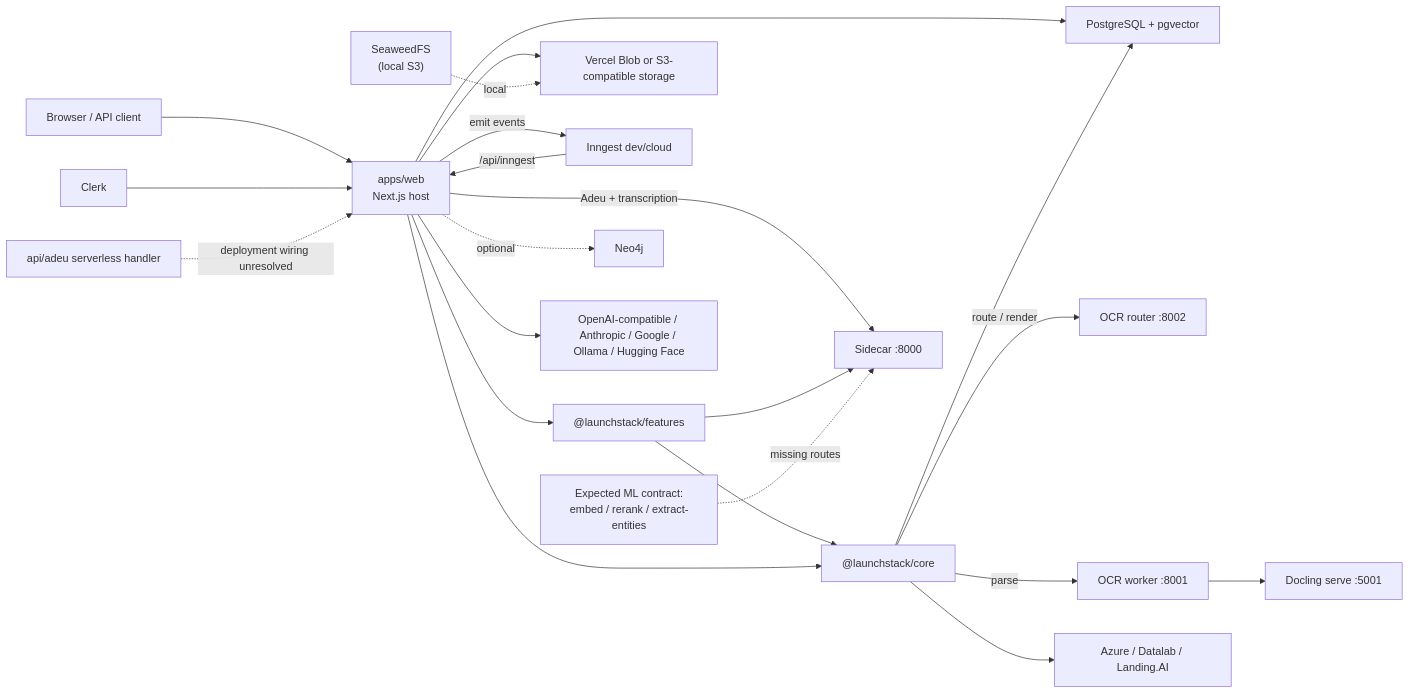
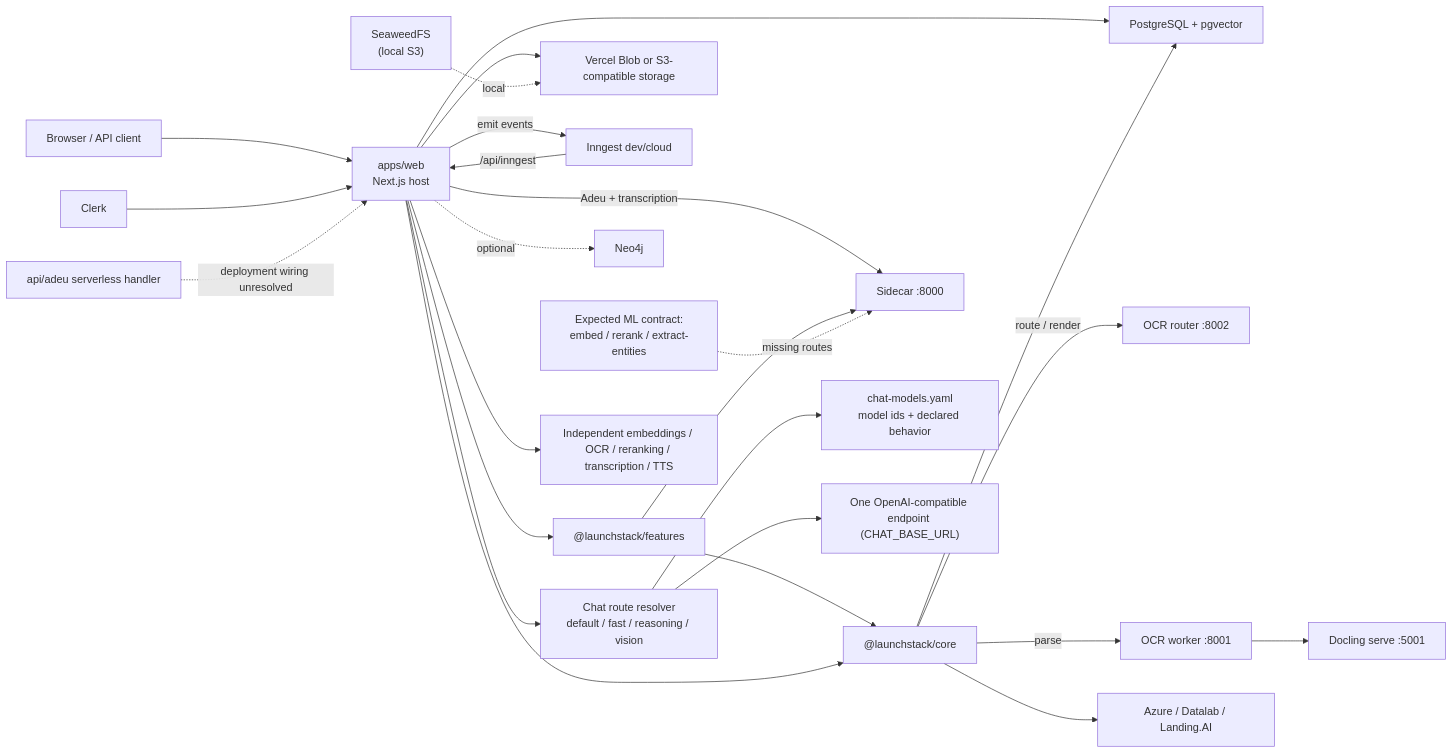
Before and after one commit to Deodat-Lawson/LaunchStack: the diagram in docs/architecture/current-infrastructure-map.md, drawn with Mermaid. The commit also changed other lines of this file and 104 other files, not shown here.

````diff
--- a/docs/architecture/current-infrastructure-map.md
+++ b/docs/architecture/current-infrastructure-map.md
@@ -168,31 +168,34 @@
 ```mermaid
 flowchart LR
   Browser["Browser / API client"] --> Web["apps/web<br/>Next.js host"]
   Clerk["Clerk"] --> Web
 
   Web --> Features["@launchstack/features"]
   Features --> Core["@launchstack/core"]
   Web --> Core
 
   Web --> Pg["PostgreSQL + pgvector"]
   Core --> Pg
   Web --> Storage["Vercel Blob or S3-compatible storage"]
   Seaweed["SeaweedFS<br/>(local S3)"] -. local .-> Storage
 
   Web -->|emit events| Inngest["Inngest dev/cloud"]
   Inngest -->|/api/inngest| Web
 
   Core -->|route / render| OcrRouter["OCR router :8002"]
   Core -->|parse| OcrWorker["OCR worker :8001"]
   OcrWorker --> Docling["Docling serve :5001"]
   Core --> CloudOcr["Azure / Datalab / Landing.AI"]
 
   Web -->|Adeu + transcription| Sidecar["Sidecar :8000"]
   Features --> Sidecar
   Expected["Expected ML contract:<br/>embed / rerank / extract-entities"] -. missing routes .-> Sidecar
 
   Web -. optional .-> Neo4j["Neo4j"]
-  Web --> Ai["OpenAI-compatible / Anthropic / Google / Ollama / Hugging Face"]
+  Web --> ChatResolver["Chat route resolver<br/>default / fast / reasoning / vision"]
+  ChatResolver --> ChatConfig["chat-models.yaml<br/>model ids + declared behavior"]
+  ChatResolver --> Ai["One OpenAI-compatible endpoint (CHAT_BASE_URL)"]
+  Web --> SupportingAi["Independent embeddings / OCR / reranking / transcription / TTS"]
 
   AdeuFn["api/adeu serverless handler"] -. deployment wiring unresolved .-> Web
 ```
````
